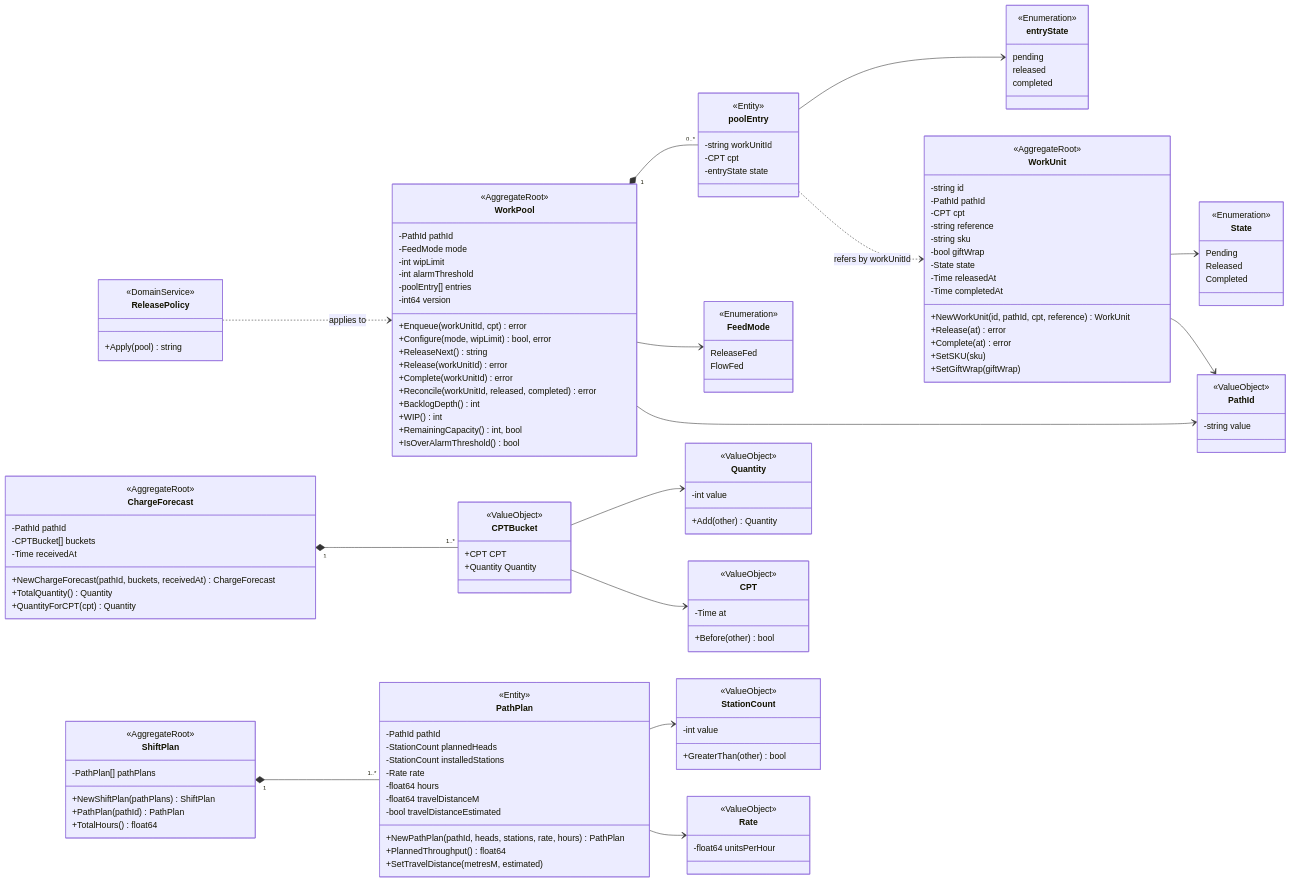
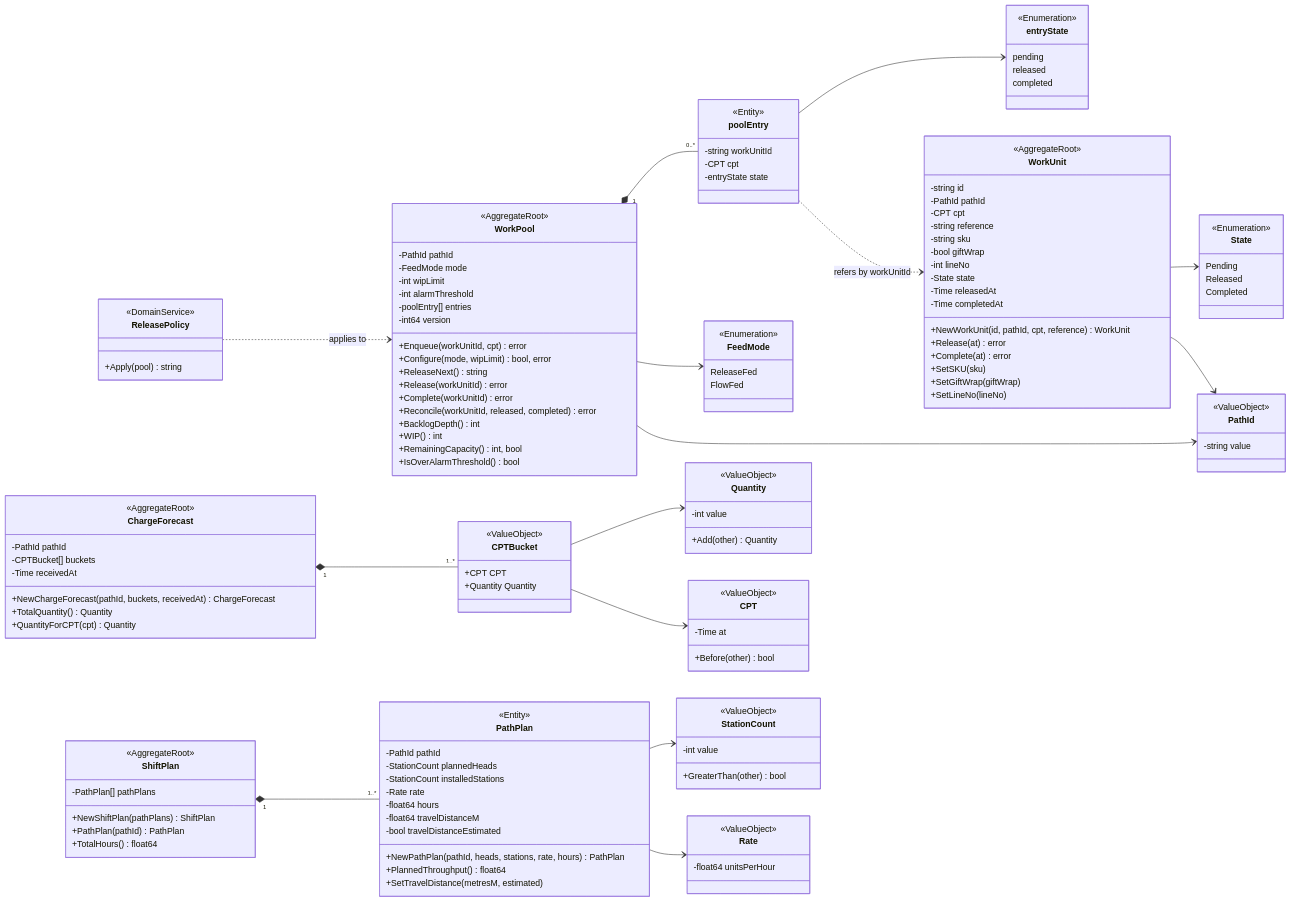
Before and after one commit to IQVO/warehouse-docs: the first of 5 diagrams in docs/contexts/wes-work-planning/class-diagram.md, drawn with Mermaid. The commit also changed 119 other files, not shown here.

```diff
--- a/docs/contexts/wes-work-planning/class-diagram.md
+++ b/docs/contexts/wes-work-planning/class-diagram.md
@@ -113,6 +113,7 @@
         -string reference
         -string sku
         -bool giftWrap
+        -int lineNo
         -State state
         -Time releasedAt
         -Time completedAt
@@ -121,6 +122,7 @@
         +Complete(at) error
         +SetSKU(sku)
         +SetGiftWrap(giftWrap)
+        +SetLineNo(lineNo)
     }
     class State {
         <<Enumeration>>
```
